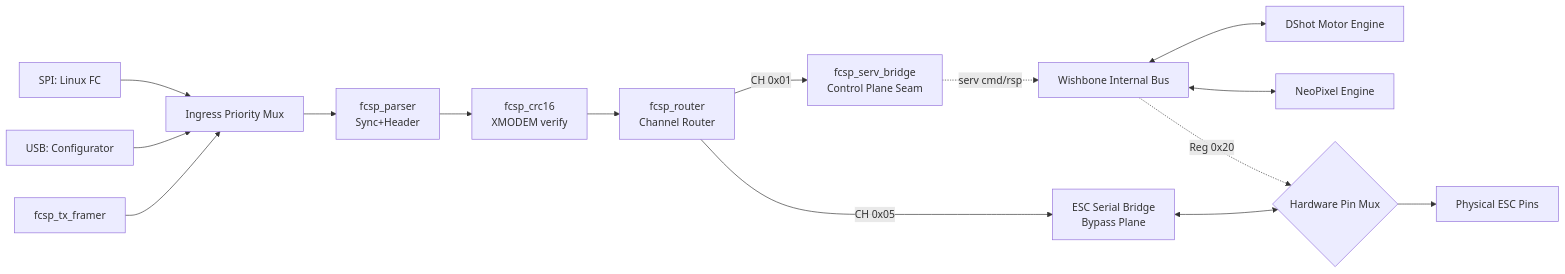
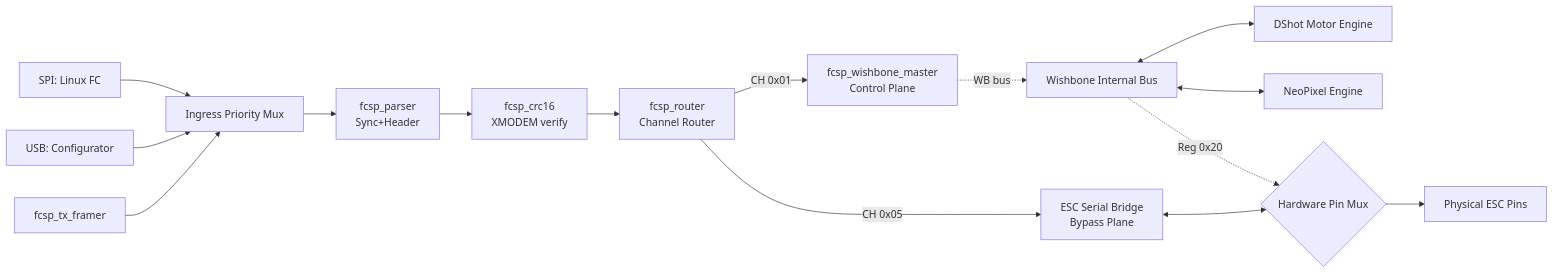
One commit to tcmichals/rt-fc-offloader changed the diagram in docs/FPGA_BLOCK_DESIGN.md. Above: the diagram before and after it, drawn with Mermaid. The commit also changed other lines of this file and 25 other files, not shown here.

````diff
--- a/docs/FPGA_BLOCK_DESIGN.md
+++ b/docs/FPGA_BLOCK_DESIGN.md
@@ -23,25 +27,25 @@
 ```mermaid
 flowchart LR
     HOST_SPI[SPI: Linux FC] --> MUX[Ingress Priority Mux]
     HOST_USB[USB: Configurator] --> MUX
     
     MUX --> PARSER[fcsp_parser\nSync+Header]
     PARSER --> CRC[fcsp_crc16\nXMODEM verify]
     CRC --> ROUTER[fcsp_router\nChannel Router]
 
     %% Channels
-    ROUTER -->|CH 0x01| SERV_BRIDGE[fcsp_serv_bridge\nControl Plane Seam]
+    ROUTER -->|CH 0x01| WB_MASTER[fcsp_wishbone_master\nControl Plane]
     ROUTER -->|CH 0x05| BYPASS[ESC Serial Bridge\nBypass Plane]
 
     %% Logic
-    SERV_BRIDGE -.serv cmd/rsp.-> BUS[Wishbone Internal Bus]
+    WB_MASTER -.WB bus.-> BUS[Wishbone Internal Bus]
     BUS <--> DSHOT[DShot Motor Engine]
     BUS <--> NEO[NeoPixel Engine]
     
     %% The Hard Switch
     BUS -.->|Reg 0x20| PIN_MUX{Hardware Pin Mux}
     BYPASS <--> PIN_MUX
     
     PIN_MUX --> MOTORS[Physical ESC Pins]
     ENCODER[fcsp_tx_framer] --> MUX
 ```
````
